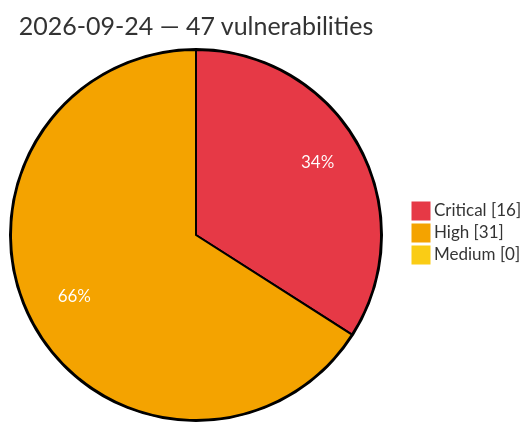
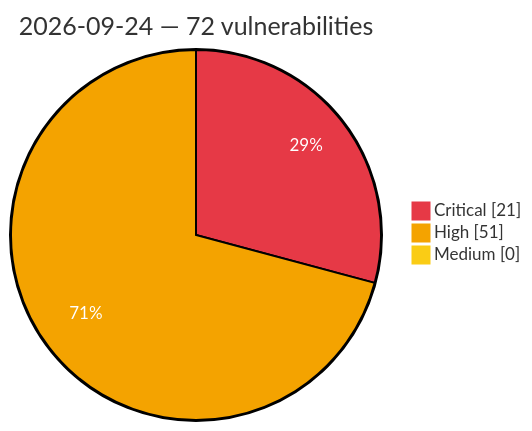
One commit to GhostX0X/vuln-tracker changed the diagram in vulnerabilities/2026/September/2026-09-24.md. Above: the diagram before and after it, drawn with Mermaid. The commit also changed other lines of this file and 5 other files, not shown here.

Commit message:
Auto update: critical/high vulns (2026-09-24 22:38 UTC)

````diff
--- a/vulnerabilities/2026/September/2026-09-24.md
+++ b/vulnerabilities/2026/September/2026-09-24.md
@@ -3,8 +3,8 @@
 ```mermaid
 %%{init: {'theme':'base', 'themeVariables': {'pie1':'#e63946', 'pie2':'#f4a300', 'pie3':'#facc15', 'pieOpacity':'1', 'pieOuterStrokeWidth':'2px', 'pieSectionTextColor':'#ffffff'}}}%%
 pie showData
-    title 2026-09-24 — 47 vulnerabilities
-    "Critical" : 16
-    "High" : 31
+    title 2026-09-24 — 72 vulnerabilities
+    "Critical" : 21
+    "High" : 51
     "Medium" : 0
 ```
````
